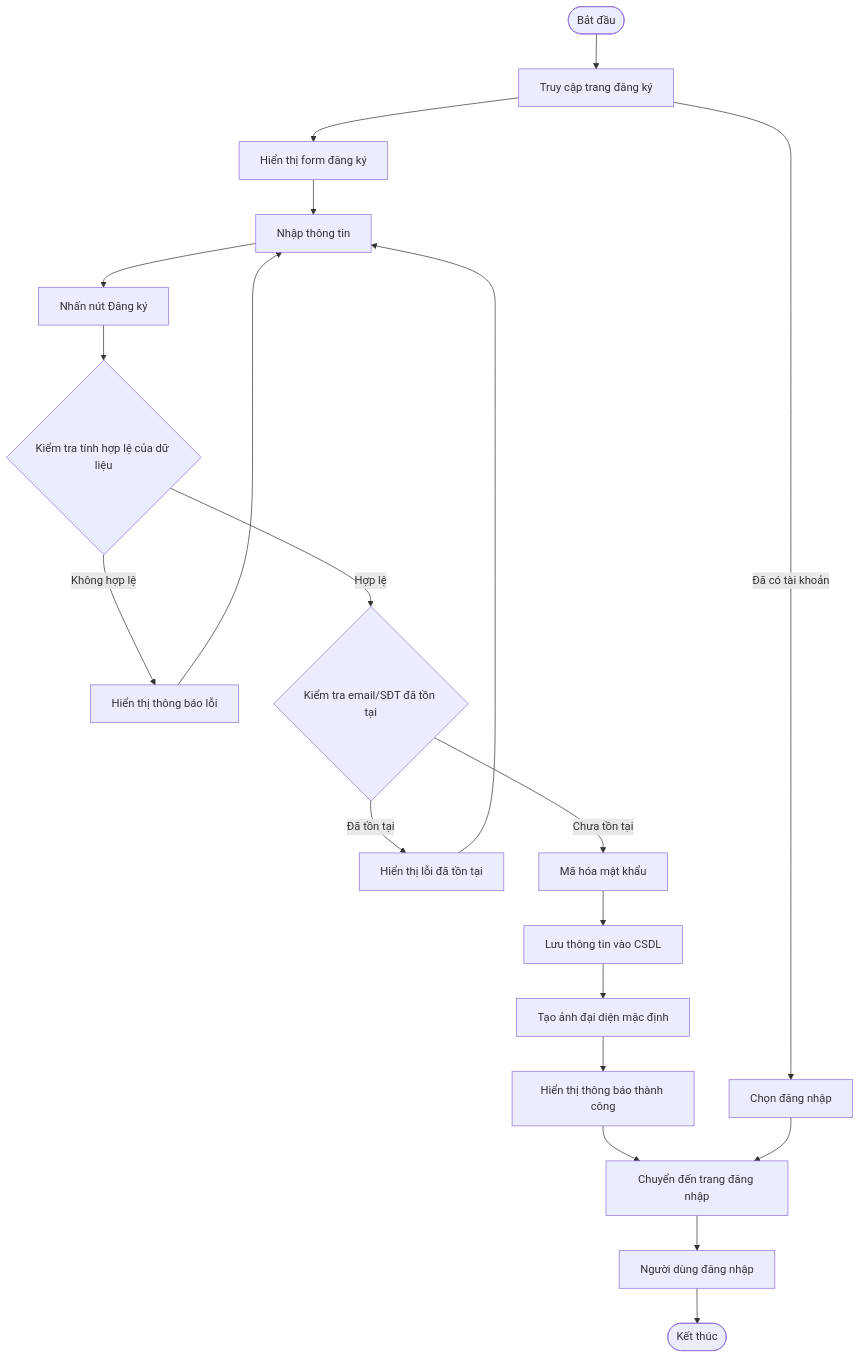
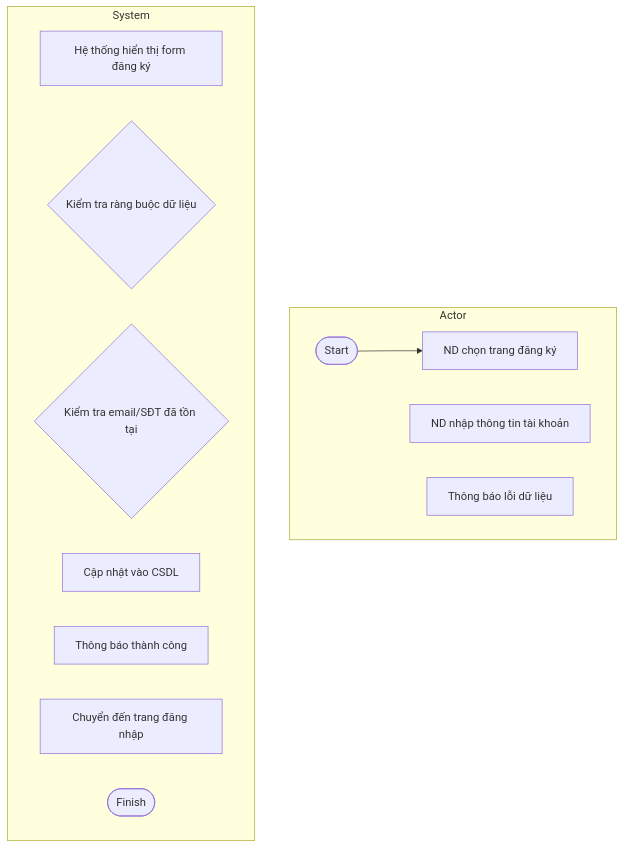
Before and after one commit to GiaHuyyy/21032471_ToVuGiaHuy_Tuan7: the diagram in README.md, drawn with Mermaid.

````diff
--- a/README.md
+++ b/README.md
@@ -1,23 +1,18 @@
 ```mermaid
-flowchart TD
-    Start([Bắt đầu]) --> AccessRegPage[Truy cập trang đăng ký]
-    AccessRegPage --> DisplayForm[Hiển thị form đăng ký]
-    DisplayForm --> InputInfo[Nhập thông tin]
-    InputInfo --> ClickRegister[Nhấn nút Đăng ký]
-    ClickRegister --> ValidateData{Kiểm tra tính hợp lệ của dữ liệu}
-    ValidateData -->|Không hợp lệ| ShowInvalidError[Hiển thị thông báo lỗi]
-    ShowInvalidError --> InputInfo
-    ValidateData -->|Hợp lệ| CheckExisting{Kiểm tra email/SĐT đã tồn tại}
-    CheckExisting -->|Đã tồn tại| ShowExistError[Hiển thị lỗi đã tồn tại]
-    ShowExistError --> InputInfo
-    CheckExisting -->|Chưa tồn tại| HashPassword[Mã hóa mật khẩu]
-    HashPassword --> SaveUserInfo[Lưu thông tin vào CSDL]
-    SaveUserInfo --> CreateAvatar[Tạo ảnh đại diện mặc định]
-    CreateAvatar --> ShowSuccess[Hiển thị thông báo thành công]
-    ShowSuccess --> RedirectLogin[Chuyển đến trang đăng nhập]
-    RedirectLogin --> UserLogin[Người dùng đăng nhập]
-    UserLogin --> End([Kết thúc])
+graph TD
+    subgraph Actor
+        Start([Start]) --> A1[ND chọn trang đăng ký]
+        A3[ND nhập thông tin tài khoản]
+        A5[Thông báo lỗi dữ liệu]
+    end
     
-    AccessRegPage -->|Đã có tài khoản| GoToLogin[Chọn đăng nhập]
-    GoToLogin --> RedirectLogin
+    subgraph System
+        B1[Hệ thống hiển thị form đăng ký]
+        B3{Kiểm tra ràng buộc dữ liệu}
+        B4{Kiểm tra email/SĐT đã tồn tại}
+        B5[Cập nhật vào CSDL]
+        B6[Thông báo thành công]
+        B7[Chuyển đến trang đăng nhập]
+        Finish([Finish])
+    end
 ```
````
